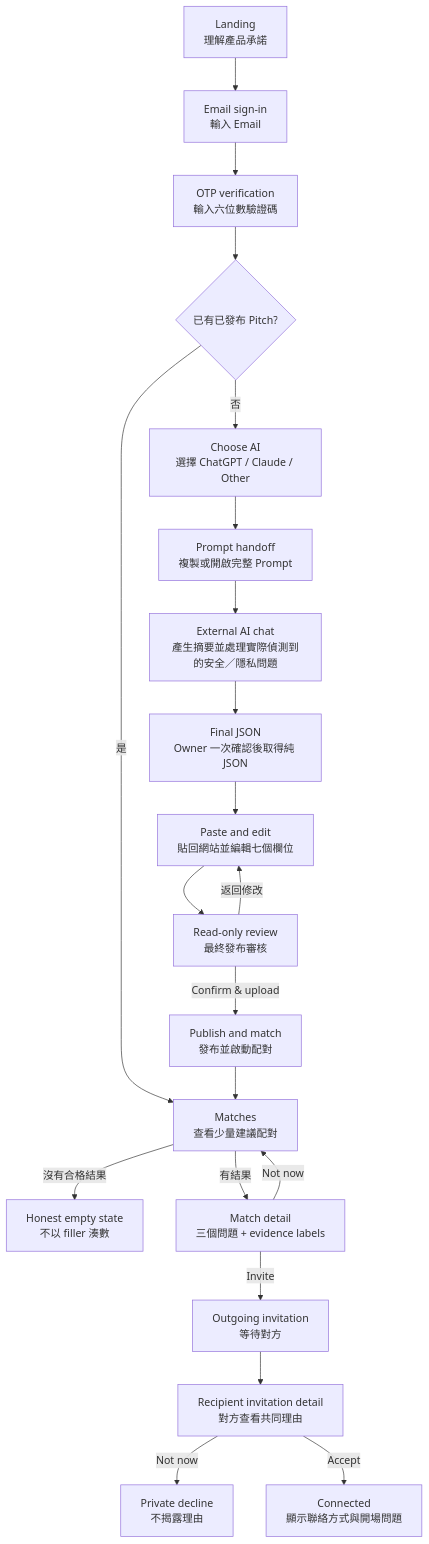
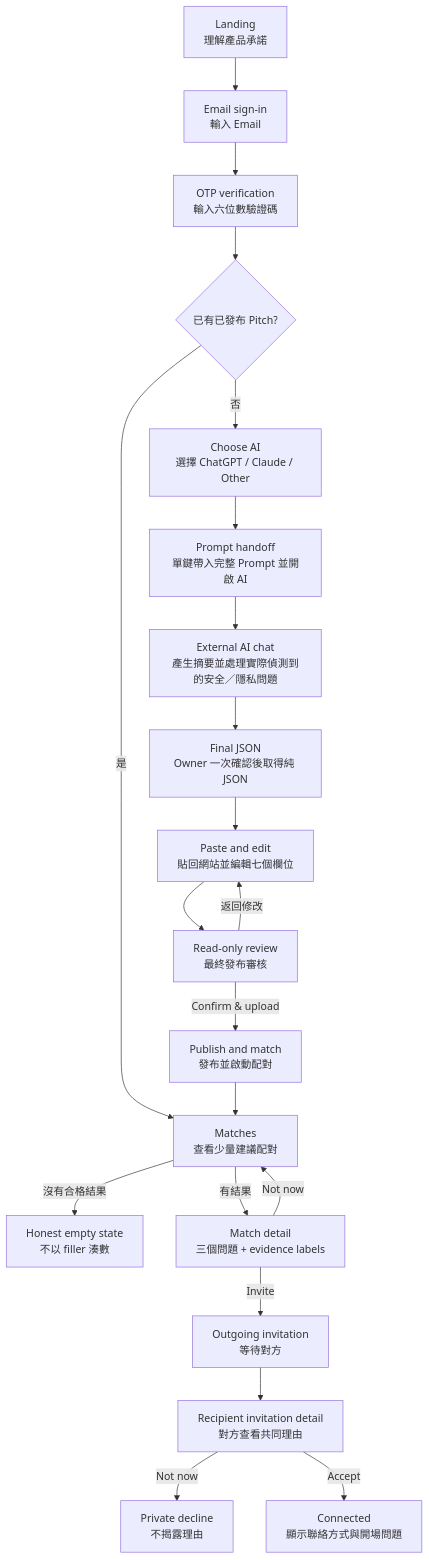
Before and after one commit to stantheman070911/futuremode: the diagram in docs/pm/customer-flow-and-page-inventory.md, drawn with Mermaid. The commit also changed other lines of this file and 12 other files, not shown here.

````diff
--- a/docs/pm/customer-flow-and-page-inventory.md
+++ b/docs/pm/customer-flow-and-page-inventory.md
@@ -24,23 +24,23 @@
 ```mermaid
 flowchart TD
     A[Landing<br/>理解產品承諾] --> B[Email sign-in<br/>輸入 Email]
     B --> C[OTP verification<br/>輸入六位數驗證碼]
     C --> D{已有已發布 Pitch?}
     D -- 是 --> K[Matches<br/>查看少量建議配對]
     D -- 否 --> E[Choose AI<br/>選擇 ChatGPT / Claude / Other]
-    E --> F[Prompt handoff<br/>複製或開啟完整 Prompt]
+    E --> F[Prompt handoff<br/>單鍵帶入完整 Prompt 並開啟 AI]
     F --> G[External AI chat<br/>產生摘要並處理實際偵測到的安全／隱私問題]
     G --> H[Final JSON<br/>Owner 一次確認後取得純 JSON]
     H --> I[Paste and edit<br/>貼回網站並編輯七個欄位]
     I --> J[Read-only review<br/>最終發布審核]
     J -- 返回修改 --> I
     J -- Confirm & upload --> L[Publish and match<br/>發布並啟動配對]
     L --> K
     K -- 沒有合格結果 --> K0[Honest empty state<br/>不以 filler 湊數]
     K -- 有結果 --> M[Match detail<br/>三個問題 + evidence labels]
     M -- Not now --> K
     M -- Invite --> N[Outgoing invitation<br/>等待對方]
     N --> O[Recipient invitation detail<br/>對方查看共同理由]
     O -- Not now --> N0[Private decline<br/>不揭露理由]
     O -- Accept --> P[Connected<br/>顯示聯絡方式與開場問題]
 ```
````
